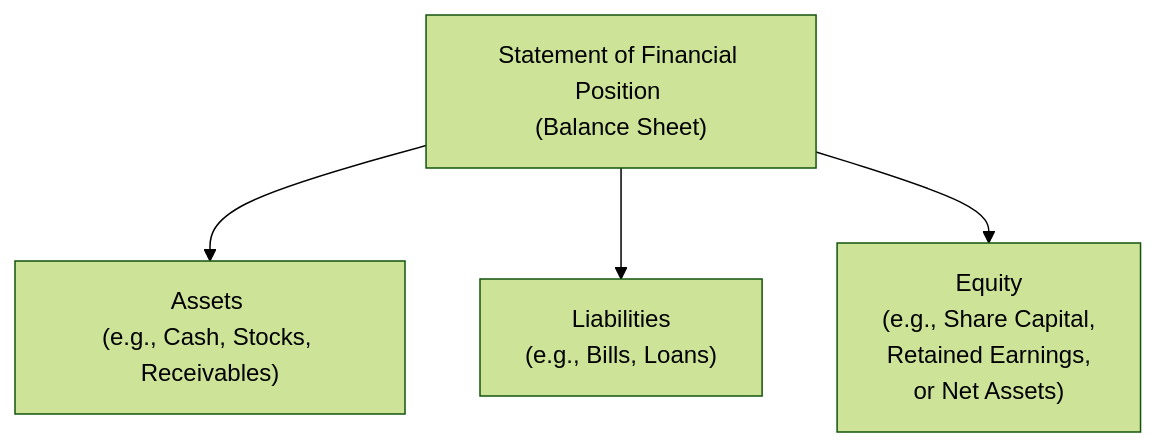
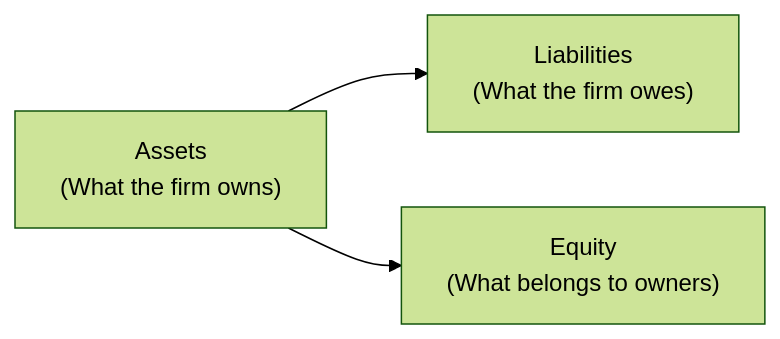
Before and after one commit to MasteryEducation/SecuritiesExamsMastery.ca: the diagram in content/ifc/9/2/index.md, drawn with Mermaid (forest theme). The commit also changed other lines of this file and 130 other files, not shown here.

````diff
--- a/content/ifc/9/2/index.md
+++ b/content/ifc/9/2/index.md
@@ -177,6 +33,5 @@
 ```mermaid
-flowchart TB
-    A["Statement of Financial Position <br/>(Balance Sheet)"] --> B["Assets <br/>(e.g., Cash, Stocks, Receivables)"]
-    A --> C["Liabilities <br/>(e.g., Bills, Loans)"]
-    A --> D["Equity <br/>(e.g., Share Capital,<br/> Retained Earnings,<br/> or Net Assets)"]
+flowchart LR
+    A["Assets <br/> (What the firm owns)"] --> B["Liabilities <br/> (What the firm owes)"]
+    A --> C["Equity <br/> (What belongs to owners)"]
 ```
````
